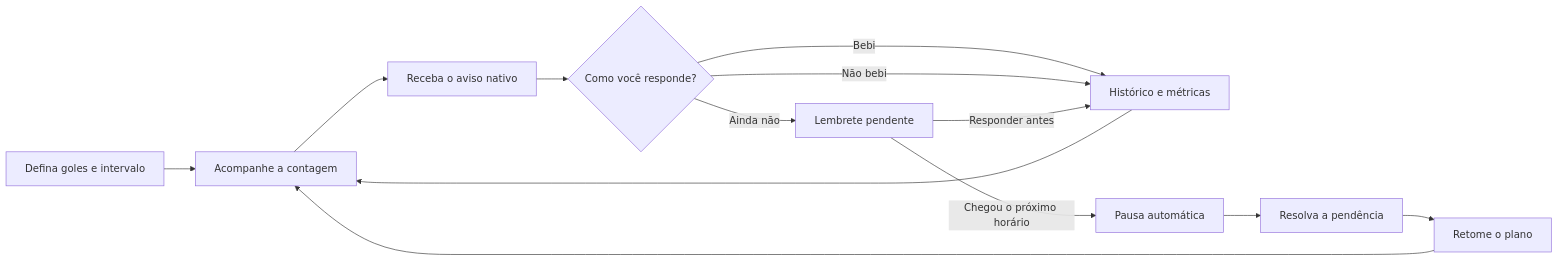
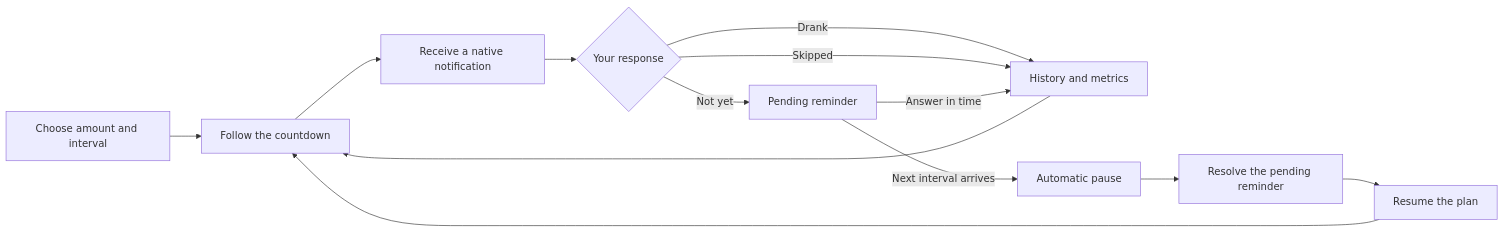
Before and after one commit to gustavomartins-dev/lembrete-agua: the diagram in README.md, drawn with Mermaid. The commit also changed other lines of this file, not shown here.

````diff
--- a/README.md
+++ b/README.md
@@ -56,15 +37,15 @@
 ```mermaid
 flowchart LR
-    A["Defina goles e intervalo"] --> B["Acompanhe a contagem"]
-    B --> C["Receba o aviso nativo"]
-    C --> D{"Como você responde?"}
-    D -->|"Bebi"| E["Histórico e métricas"]
-    D -->|"Não bebi"| E
-    D -->|"Ainda não"| F["Lembrete pendente"]
-    F -->|"Responder antes"| E
-    F -->|"Chegou o próximo horário"| G["Pausa automática"]
-    G --> H["Resolva a pendência"]
-    H --> I["Retome o plano"]
+    A["Choose amount and interval"] --> B["Follow the countdown"]
+    B --> C["Receive a native notification"]
+    C --> D{"Your response"}
+    D -->|Drank| E["History and metrics"]
+    D -->|Skipped| E
+    D -->|Not yet| F["Pending reminder"]
+    F -->|Answer in time| E
+    F -->|Next interval arrives| G["Automatic pause"]
+    G --> H["Resolve the pending reminder"]
+    H --> I["Resume the plan"]
     I --> B
     E --> B
 ```
````
